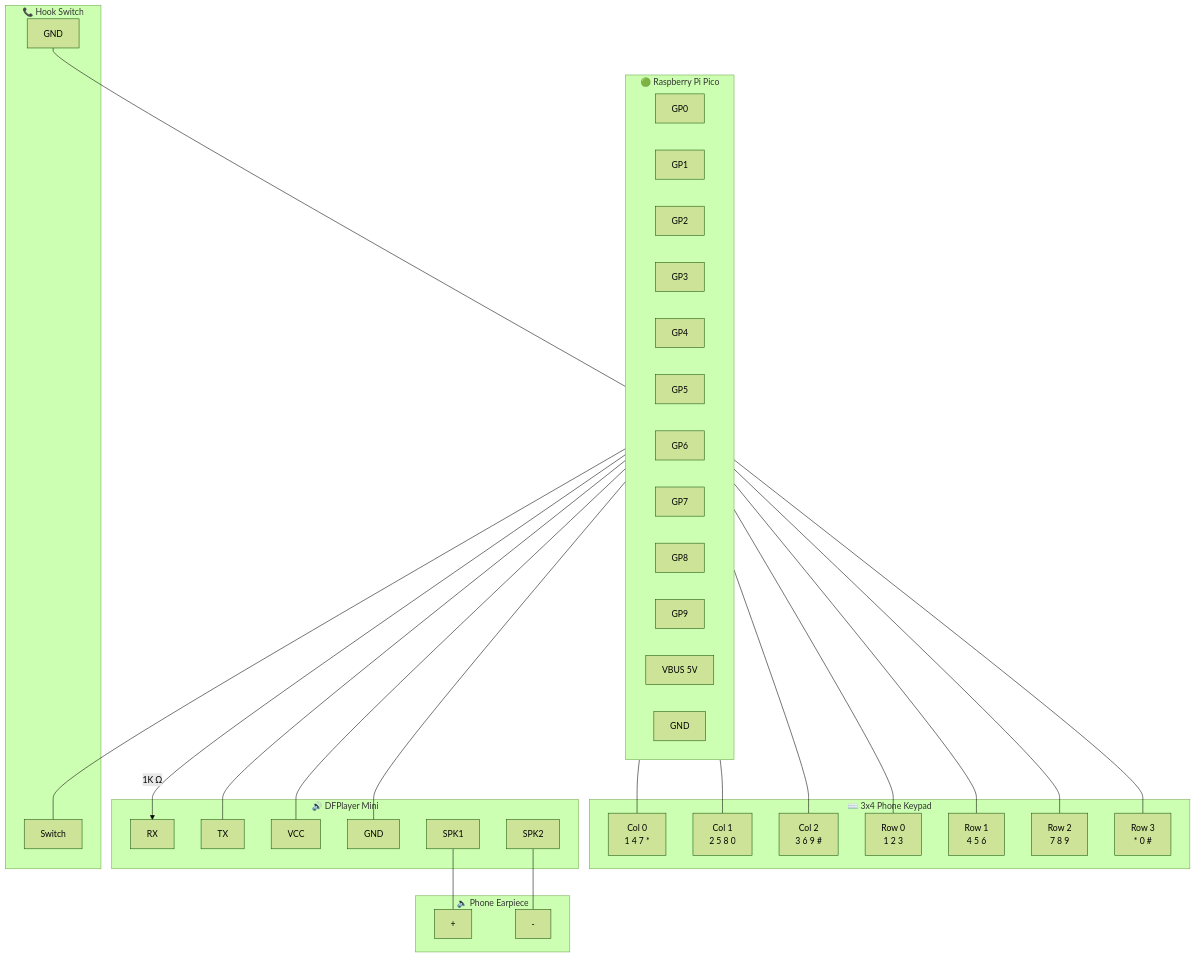
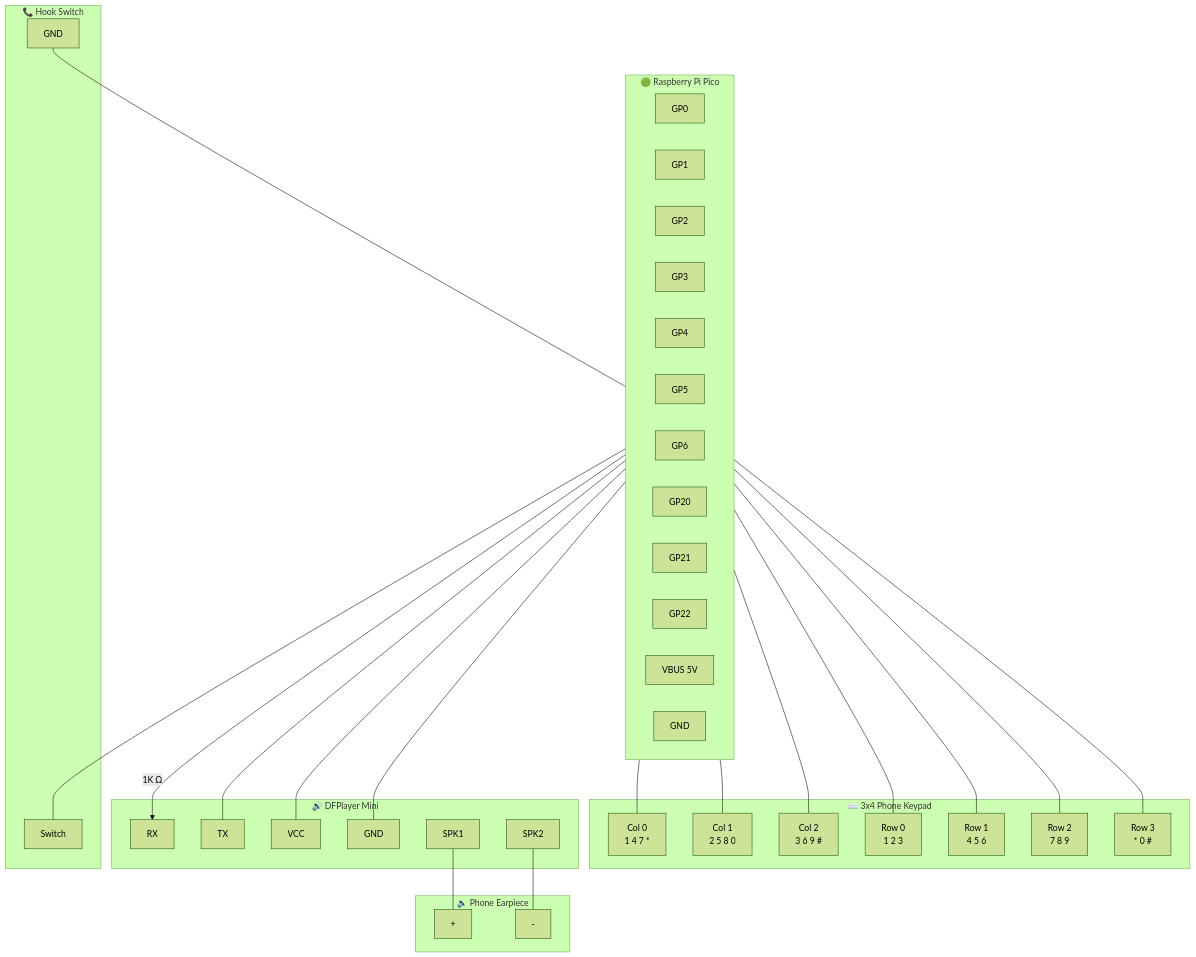
Before and after one commit to MarioCruz/OMiamiPhone: the first of 2 diagrams in README.md, drawn with Mermaid (forest theme). The commit also changed other lines of this file and 6 other files, not shown here.

````diff
--- a/README.md
+++ b/README.md
@@ -29,66 +29,66 @@
 ```mermaid
 graph TB
     subgraph PICO["🟢 Raspberry Pi Pico"]
         direction LR
         GP0["GP0"]
         GP1["GP1"]
         GP2["GP2"]
         GP3["GP3"]
         GP4["GP4"]
         GP5["GP5"]
         GP6["GP6"]
-        GP7["GP7"]
-        GP8["GP8"]
-        GP9["GP9"]
+        GP20["GP20"]
+        GP21["GP21"]
+        GP22["GP22"]
         VBUS["VBUS 5V"]
         GND["GND"]
     end
 
     subgraph KEYPAD["⌨️ 3x4 Phone Keypad"]
         COL0["Col 0<br/>1 4 7 *"]
         COL1["Col 1<br/>2 5 8 0"]
         COL2["Col 2<br/>3 6 9 #"]
         ROW0["Row 0<br/>1 2 3"]
         ROW1["Row 1<br/>4 5 6"]
         ROW2["Row 2<br/>7 8 9"]
         ROW3["Row 3<br/>* 0 #"]
     end
 
     subgraph DFPLAYER["🔊 DFPlayer Mini"]
         DFP_RX["RX"]
         DFP_TX["TX"]
         DFP_VCC["VCC"]
         DFP_GND["GND"]
         DFP_SPK1["SPK1"]
         DFP_SPK2["SPK2"]
     end
 
     subgraph HOOK["📞 Hook Switch"]
         HOOK_SW["Switch"]
         HOOK_GND["GND"]
     end
 
     subgraph EARPIECE["🔈 Phone Earpiece"]
         EAR_P["+"]
         EAR_N["-"]
     end
 
     GP0 --- COL0
     GP1 --- COL1
     GP2 --- COL2
     GP6 --- ROW0
     GP5 --- ROW1
     GP4 --- ROW2
     GP3 --- ROW3
 
-    GP8 -->|"1K Ω"| DFP_RX
-    GP9 --- DFP_TX
+    GP20 -->|"1K Ω"| DFP_RX
+    GP21 --- DFP_TX
     VBUS --- DFP_VCC
     GND --- DFP_GND
 
-    GP7 --- HOOK_SW
+    GP22 --- HOOK_SW
     HOOK_GND --- GND
 
     DFP_SPK1 --- EAR_P
     DFP_SPK2 --- EAR_N
 ```
````
